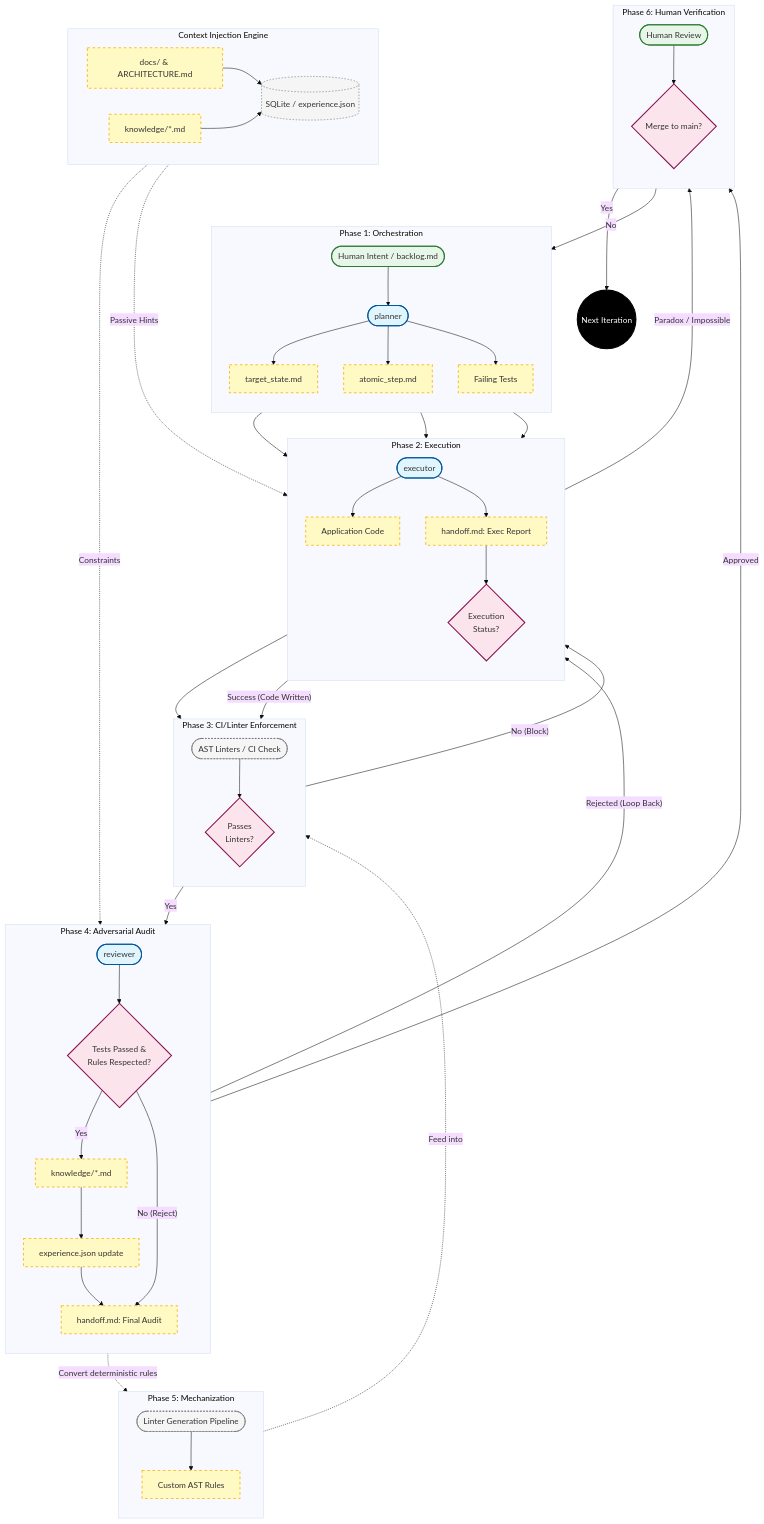
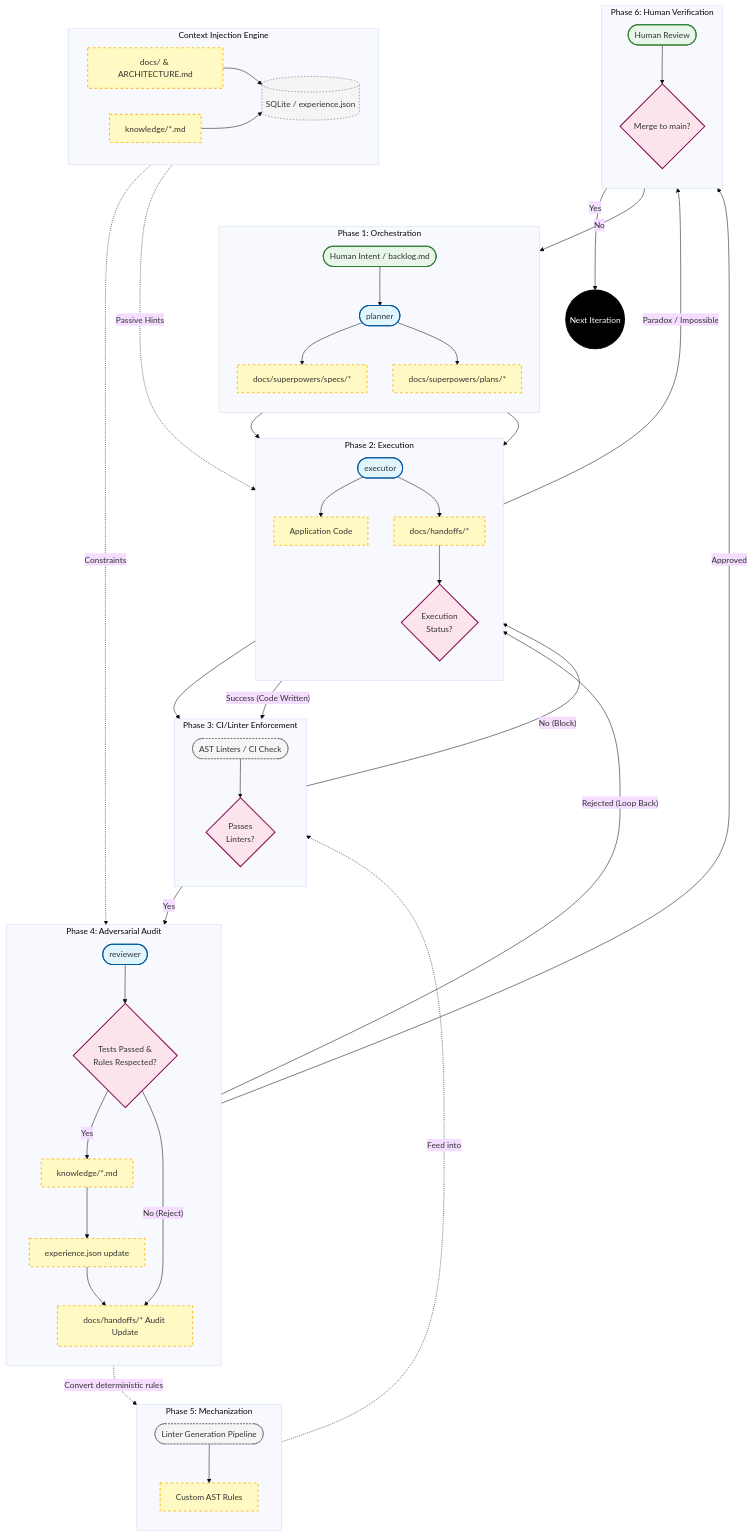
Before and after one commit to coretexthq/coretext: the diagram in docs/coretext-example/coretext_flowchart.md, drawn with Mermaid (base theme). The commit also changed 29 other files, not shown here.

```diff
--- a/docs/coretext-example/coretext_flowchart.md
+++ b/docs/coretext-example/coretext_flowchart.md
@@ -26,14 +26,12 @@
         direction TB
         H_Backlog([Human Intent / backlog.md]):::human
         A_Planner([planner]):::agent
-        A_Target[target_state.md]:::artifact
-        A_Step[atomic_step.md]:::artifact
-        A_Test[Failing Tests]:::artifact
+        A_Spec[docs/superpowers/specs/*]:::artifact
+        A_Plan[docs/superpowers/plans/*]:::artifact
 
         H_Backlog --> A_Planner
-        A_Planner --> A_Target
-        A_Planner --> A_Step
-        A_Planner --> A_Test
+        A_Planner --> A_Spec
+        A_Planner --> A_Plan
     end
 
     %% --- PHASE 2: EXECUTION ---
@@ -41,7 +39,7 @@
         direction TB
         A_Executor([executor]):::agent
         A_Code[Application Code]:::artifact
-        A_Handoff_Exec[handoff.md: Exec Report]:::artifact
+        A_Handoff_Exec[docs/handoffs/*]:::artifact
         Check_Exec{Execution<br/>Status?}:::decision
 
         A_Executor --> A_Code
@@ -66,7 +64,7 @@
         Check_Audit{Tests Passed &<br/>Rules Respected?}:::decision
         A_Knowledge[knowledge/*.md]:::artifact
         A_ExpUpdate[experience.json update]:::artifact
-        A_Handoff_Final[handoff.md: Final Audit]:::artifact
+        A_Handoff_Final[docs/handoffs/* Audit Update]:::artifact
 
         A_Reviewer --> Check_Audit
         Check_Audit -- Yes --> A_Knowledge
@@ -101,9 +99,8 @@
     Sys_DB -. Passive Hints .-> A_Executor
     Sys_DB -. Constraints .-> A_Reviewer
     
-    A_Target --> A_Executor
-    A_Step --> A_Executor
-    A_Test --> A_Executor
+    A_Spec --> A_Executor
+    A_Plan --> A_Executor
     
     Check_Exec -- "Paradox / Impossible" --> H_Verify
     Check_Exec -- "Success (Code Written)" --> Sys_Linter
```
